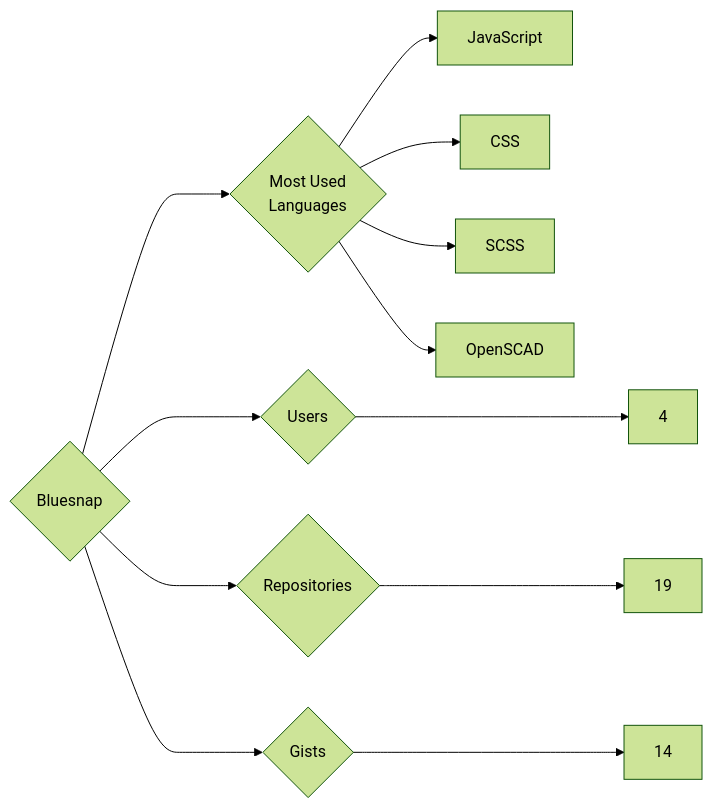
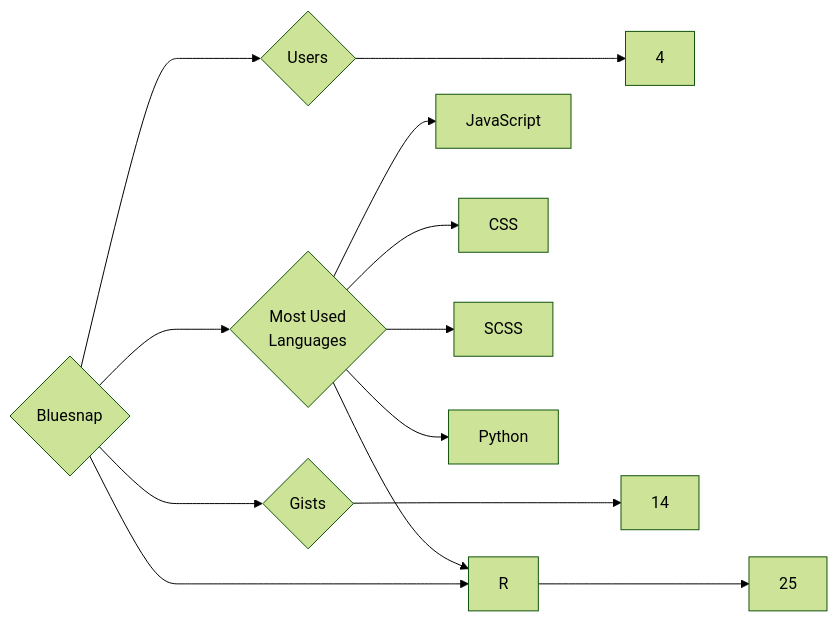
Before and after one commit to trickest/insiders: the diagram in targets/Bluesnap/README.md, drawn with Mermaid (forest theme). The commit also changed 682 other files, not shown here.

````diff
--- a/targets/Bluesnap/README.md
+++ b/targets/Bluesnap/README.md
@@ -3,12 +3,13 @@
 ```mermaid
 graph LR
 COMPANY_NAME{Bluesnap}
 COMPANY_NAME ---> U{Users} ---> UN[4]
-COMPANY_NAME ---> R{Repositories} ---> RN[19]
+COMPANY_NAME ---> R{Repositories} ---> RN[25]
 COMPANY_NAME ---> G{Gists} ---> GN[14]
 COMPANY_NAME ---> ML{Most Used<br>Languages}
 ML --> JavaScript[JavaScript]
 ML --> CSS[CSS]
 ML --> SCSS[SCSS]
-ML --> OpenSCAD[OpenSCAD]
+ML --> R[R]
+ML --> Python[Python]
 ```
````
